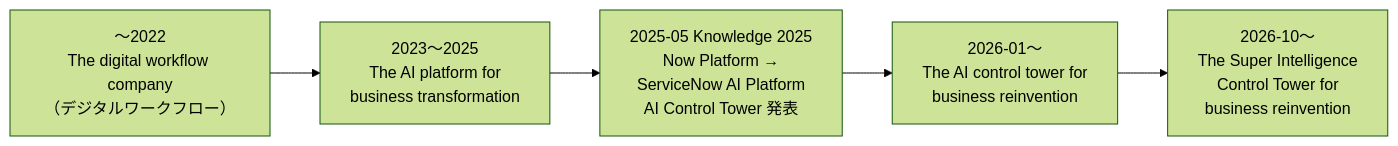
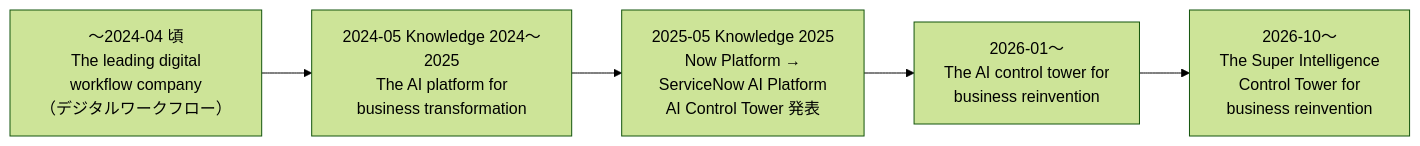
One commit to hidefumiagata/platform-doc changed the diagram in ServiceNow/01_入門編/01-what-is-servicenow.md. Above: the diagram before and after it, drawn with Mermaid (forest theme). The commit also changed other lines of this file and 346 other files, not shown here.

````diff
--- a/ServiceNow/01_入門編/01-what-is-servicenow.md
+++ b/ServiceNow/01_入門編/01-what-is-servicenow.md
@@ -301,7 +310,7 @@
 ```mermaid
 flowchart LR
-    A["〜2022<br/>The digital workflow company<br/>（デジタルワークフロー）"] --> B["2023〜2025<br/>The AI platform for<br/>business transformation"]
+    A["〜2024-04 頃<br/>The leading digital<br/>workflow company<br/>（デジタルワークフロー）"] --> B["2024-05 Knowledge 2024〜2025<br/>The AI platform for<br/>business transformation"]
     B --> C["2025-05 Knowledge 2025<br/>Now Platform →<br/>ServiceNow AI Platform<br/>AI Control Tower 発表"]
     C --> D["2026-01〜<br/>The AI control tower for<br/>business reinvention"]
     D --> E["2026-10〜<br/>The Super Intelligence<br/>Control Tower for<br/>business reinvention"]
 ```
````
